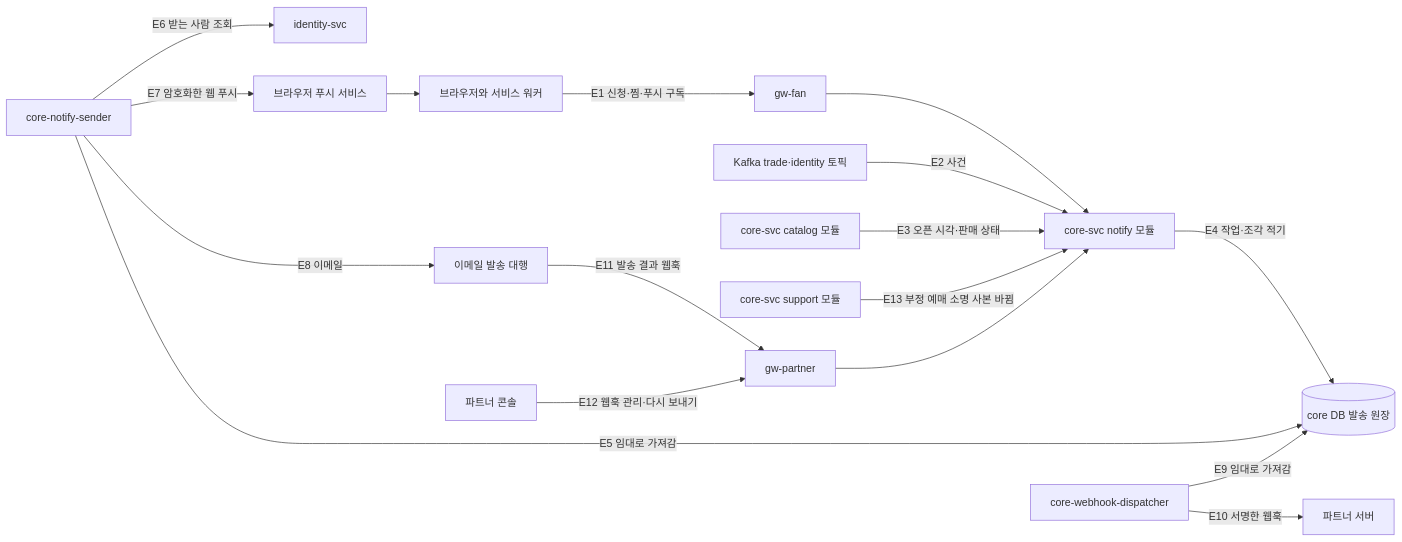
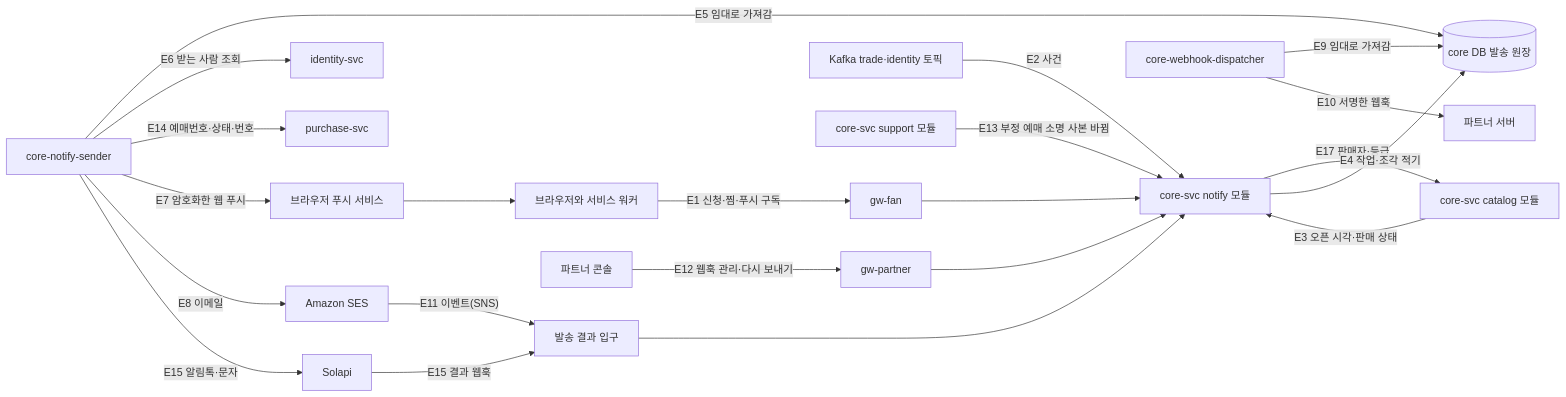
Before and after one commit to peaket/peaket: the first of 2 diagrams in docs/features/notify.md, drawn with Mermaid. The commit also changed other lines of this file and 99 other files, not shown here.

````diff
--- a/docs/features/notify.md
+++ b/docs/features/notify.md
@@ -31,19 +31,24 @@
 ```mermaid
 flowchart LR
     B["브라우저와 서비스 워커"] -->|"E1 신청·찜·푸시 구독"| GF["gw-fan"]
     GF --> NM["core-svc notify 모듈"]
     KF["Kafka trade·identity 토픽"] -->|"E2 사건"| NM
     CT["core-svc catalog 모듈"] -->|"E3 오픈 시각·판매 상태"| NM
     SP["core-svc support 모듈"] -->|"E13 부정 예매 소명 사본 바뀜"| NM
+    NM -->|"E17 판매자·등급"| CT
     NM -->|"E4 작업·조각 적기"| DB[("core DB 발송 원장")]
     SD["core-notify-sender"] -->|"E5 임대로 가져감"| DB
     SD -->|"E6 받는 사람 조회"| ID["identity-svc"]
+    SD -->|"E14 예매번호·상태·번호"| PU["purchase-svc"]
     SD -->|"E7 암호화한 웹 푸시"| PS["브라우저 푸시 서비스"]
     PS --> B
-    SD -->|"E8 이메일"| EM["이메일 발송 대행"]
+    SD -->|"E8 이메일"| SES["Amazon SES"]
+    SD -->|"E15 알림톡·문자"| TX["Solapi"]
     WD["core-webhook-dispatcher"] -->|"E9 임대로 가져감"| DB
     WD -->|"E10 서명한 웹훅"| PX["파트너 서버"]
-    EM -->|"E11 발송 결과 웹훅"| GP["gw-partner"]
-    PC["파트너 콘솔"] -->|"E12 웹훅 관리·다시 보내기"| GP
+    SES -->|"E11 이벤트(SNS)"| PR["발송 결과 입구"]
+    TX -->|"E15 결과 웹훅"| PR
+    PR --> NM
+    PC["파트너 콘솔"] -->|"E12 웹훅 관리·다시 보내기"| GP["gw-partner"]
     GP --> NM
 ```
````
